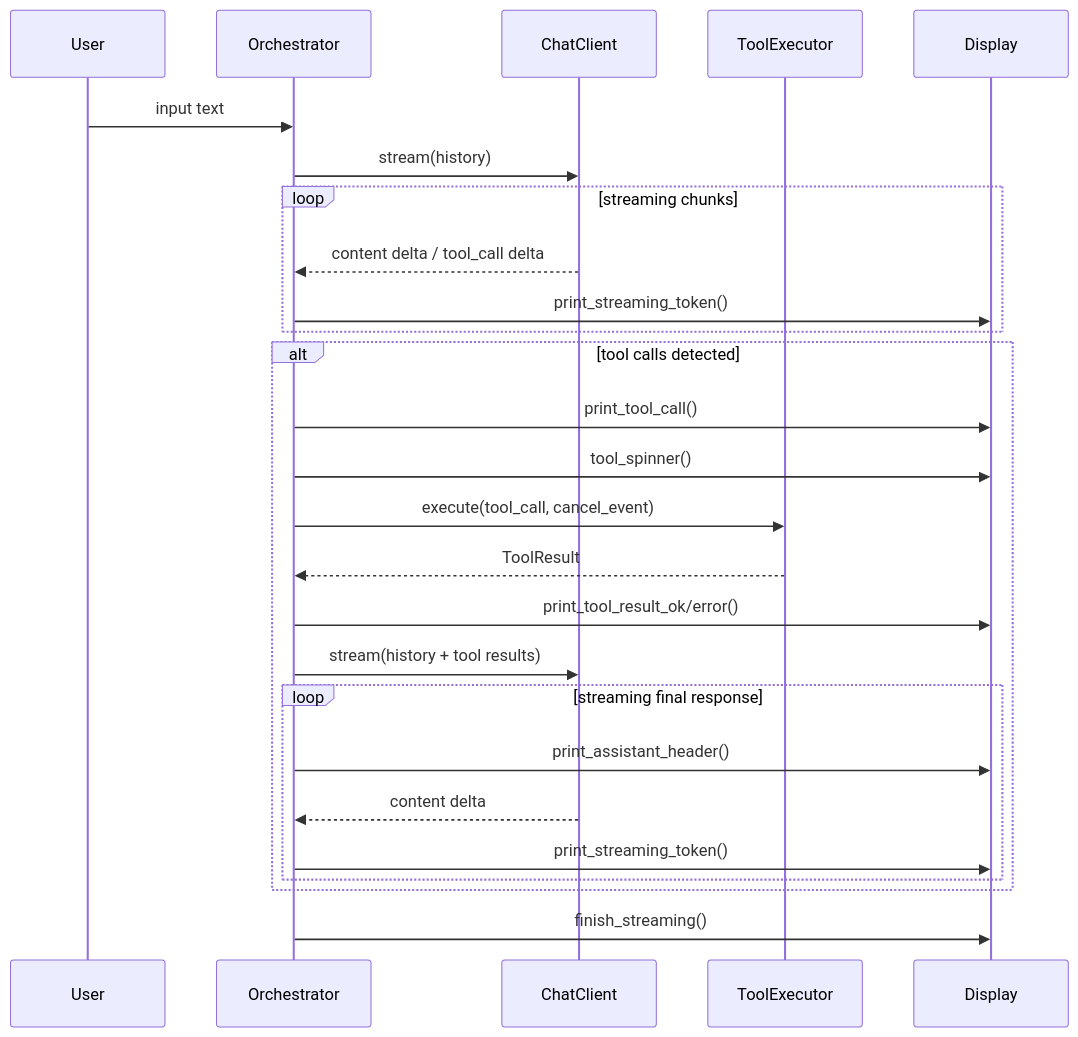
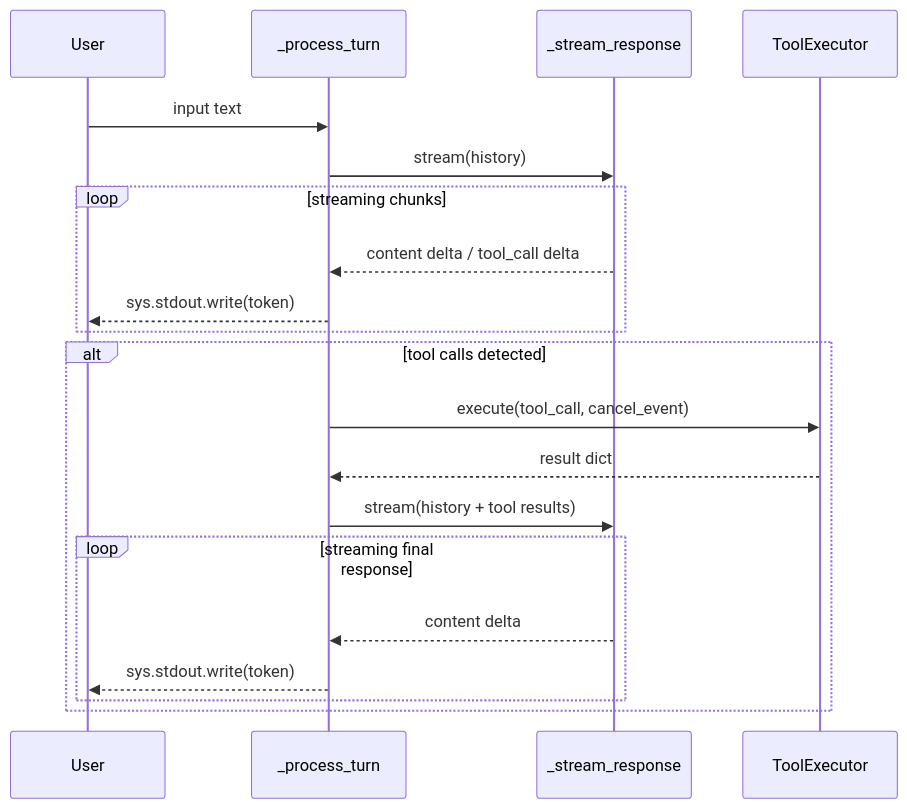
Before and after one commit to codexceed/cli-chat: the second of 5 diagrams in ARCHITECTURE.md, drawn with Mermaid. The commit also changed other lines of this file and 9 other files, not shown here.

````diff
--- a/ARCHITECTURE.md
+++ b/ARCHITECTURE.md
@@ -31,29 +25,23 @@
 ```mermaid
 sequenceDiagram
     participant U as User
-    participant O as Orchestrator
-    participant C as ChatClient
+    participant O as _process_turn
+    participant S as _stream_response
     participant T as ToolExecutor
-    participant D as Display
 
     U->>O: input text
-    O->>C: stream(history)
+    O->>S: stream(history)
     loop streaming chunks
-        C-->>O: content delta / tool_call delta
-        O->>D: print_streaming_token()
+        S-->>O: content delta / tool_call delta
+        O-->>U: sys.stdout.write(token)
     end
     alt tool calls detected
-        O->>D: print_tool_call()
-        O->>D: tool_spinner()
         O->>T: execute(tool_call, cancel_event)
-        T-->>O: ToolResult
-        O->>D: print_tool_result_ok/error()
-        O->>C: stream(history + tool results)
+        T-->>O: result dict
+        O->>S: stream(history + tool results)
         loop streaming final response
-            O->>D: print_assistant_header()
-            C-->>O: content delta
-            O->>D: print_streaming_token()
+            S-->>O: content delta
+            O-->>U: sys.stdout.write(token)
         end
     end
-    O->>D: finish_streaming()
 ```
````
